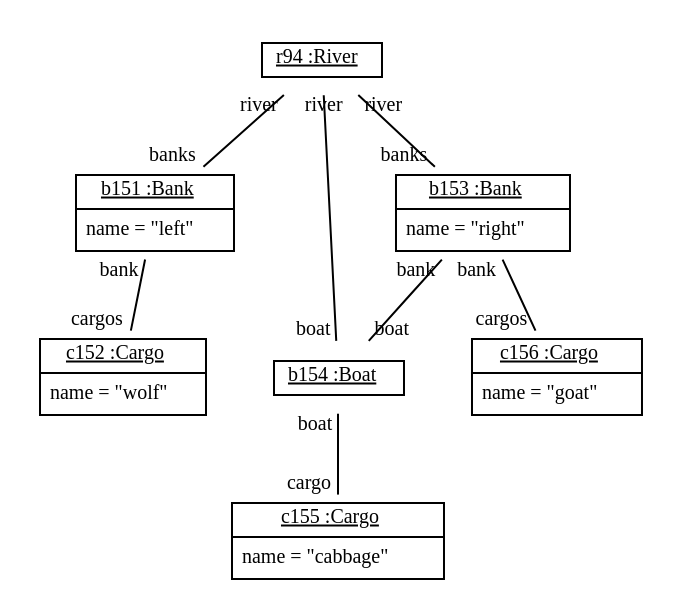
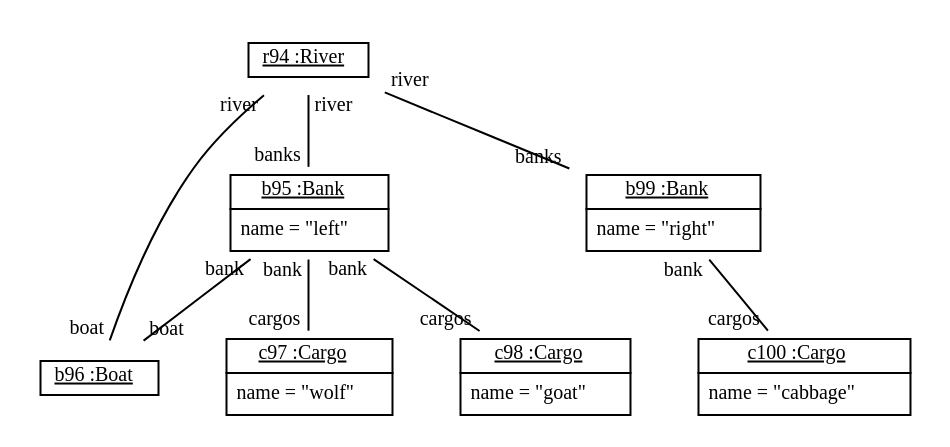
The diagram in doc/ferrymansproblemRG/s.R94.dot (fujaba/SDMLib), drawn with Graphviz before and after one commit. The commit also changed 303 other files, not shown here.

```diff
--- a/doc/ferrymansproblemRG/s.R94.dot
+++ b/doc/ferrymansproblemRG/s.R94.dot
@@ -1,21 +1,21 @@
 graph ObjectDiagram {
    node [shape = none, fontsize = 10];
    edge [fontsize = 10];
    compound=true;
 
 r94 [label=<<table border='0' cellborder='1' cellspacing='0'> <tr> <td href="../test/org/sdmlib/models/patterns/example/ferrmansproblem/River.java"> <u>r94 :River</u></td></tr></table>>];
-b151 [label=<<table border='0' cellborder='1' cellspacing='0'> <tr> <td href="../test/org/sdmlib/models/patterns/example/ferrmansproblem/Bank.java"> <u>b151 :Bank</u></td></tr><tr><td><table border='0' cellborder='0' cellspacing='0'><tr><td align='left'>name = "left"</td></tr></table></td></tr></table>>];
-c152 [label=<<table border='0' cellborder='1' cellspacing='0'> <tr> <td href="../test/org/sdmlib/models/patterns/example/ferrmansproblem/Cargo.java"> <u>c152 :Cargo</u></td></tr><tr><td><table border='0' cellborder='0' cellspacing='0'><tr><td align='left'>name = "wolf"</td></tr></table></td></tr></table>>];
-b153 [label=<<table border='0' cellborder='1' cellspacing='0'> <tr> <td href="../test/org/sdmlib/models/patterns/example/ferrmansproblem/Bank.java"> <u>b153 :Bank</u></td></tr><tr><td><table border='0' cellborder='0' cellspacing='0'><tr><td align='left'>name = "right"</td></tr></table></td></tr></table>>];
-b154 [label=<<table border='0' cellborder='1' cellspacing='0'> <tr> <td href="../test/org/sdmlib/models/patterns/example/ferrmansproblem/Boat.java"> <u>b154 :Boat</u></td></tr></table>>];
-c155 [label=<<table border='0' cellborder='1' cellspacing='0'> <tr> <td href="../test/org/sdmlib/models/patterns/example/ferrmansproblem/Cargo.java"> <u>c155 :Cargo</u></td></tr><tr><td><table border='0' cellborder='0' cellspacing='0'><tr><td align='left'>name = "cabbage"</td></tr></table></td></tr></table>>];
-c156 [label=<<table border='0' cellborder='1' cellspacing='0'> <tr> <td href="../test/org/sdmlib/models/patterns/example/ferrmansproblem/Cargo.java"> <u>c156 :Cargo</u></td></tr><tr><td><table border='0' cellborder='0' cellspacing='0'><tr><td align='left'>name = "goat"</td></tr></table></td></tr></table>>];
+b95 [label=<<table border='0' cellborder='1' cellspacing='0'> <tr> <td href="../test/org/sdmlib/models/patterns/example/ferrmansproblem/Bank.java"> <u>b95 :Bank</u></td></tr><tr><td><table border='0' cellborder='0' cellspacing='0'><tr><td align='left'>name = "left"</td></tr></table></td></tr></table>>];
+b96 [label=<<table border='0' cellborder='1' cellspacing='0'> <tr> <td href="../test/org/sdmlib/models/patterns/example/ferrmansproblem/Boat.java"> <u>b96 :Boat</u></td></tr></table>>];
+c97 [label=<<table border='0' cellborder='1' cellspacing='0'> <tr> <td href="../test/org/sdmlib/models/patterns/example/ferrmansproblem/Cargo.java"> <u>c97 :Cargo</u></td></tr><tr><td><table border='0' cellborder='0' cellspacing='0'><tr><td align='left'>name = "wolf"</td></tr></table></td></tr></table>>];
+c98 [label=<<table border='0' cellborder='1' cellspacing='0'> <tr> <td href="../test/org/sdmlib/models/patterns/example/ferrmansproblem/Cargo.java"> <u>c98 :Cargo</u></td></tr><tr><td><table border='0' cellborder='0' cellspacing='0'><tr><td align='left'>name = "goat"</td></tr></table></td></tr></table>>];
+b99 [label=<<table border='0' cellborder='1' cellspacing='0'> <tr> <td href="../test/org/sdmlib/models/patterns/example/ferrmansproblem/Bank.java"> <u>b99 :Bank</u></td></tr><tr><td><table border='0' cellborder='0' cellspacing='0'><tr><td align='left'>name = "right"</td></tr></table></td></tr></table>>];
+c100 [label=<<table border='0' cellborder='1' cellspacing='0'> <tr> <td href="../test/org/sdmlib/models/patterns/example/ferrmansproblem/Cargo.java"> <u>c100 :Cargo</u></td></tr><tr><td><table border='0' cellborder='0' cellspacing='0'><tr><td align='left'>name = "cabbage"</td></tr></table></td></tr></table>>];
 
-r94 -- b151 [headlabel = "banks" taillabel = "river"];
-r94 -- b153 [headlabel = "banks" taillabel = "river"];
-r94 -- b154 [headlabel = "boat" taillabel = "river"];
-b151 -- c152 [headlabel = "cargos" taillabel = "bank"];
-b153 -- b154 [headlabel = "boat" taillabel = "bank"];
-b153 -- c156 [headlabel = "cargos" taillabel = "bank"];
-b154 -- c155 [headlabel = "cargo" taillabel = "boat"];
+r94 -- b95 [headlabel = "banks" taillabel = "river"];
+r94 -- b99 [headlabel = "banks" taillabel = "river"];
+r94 -- b96 [headlabel = "boat" taillabel = "river"];
+b95 -- b96 [headlabel = "boat" taillabel = "bank"];
+b95 -- c97 [headlabel = "cargos" taillabel = "bank"];
+b95 -- c98 [headlabel = "cargos" taillabel = "bank"];
+b99 -- c100 [headlabel = "cargos" taillabel = "bank"];
 }
```
